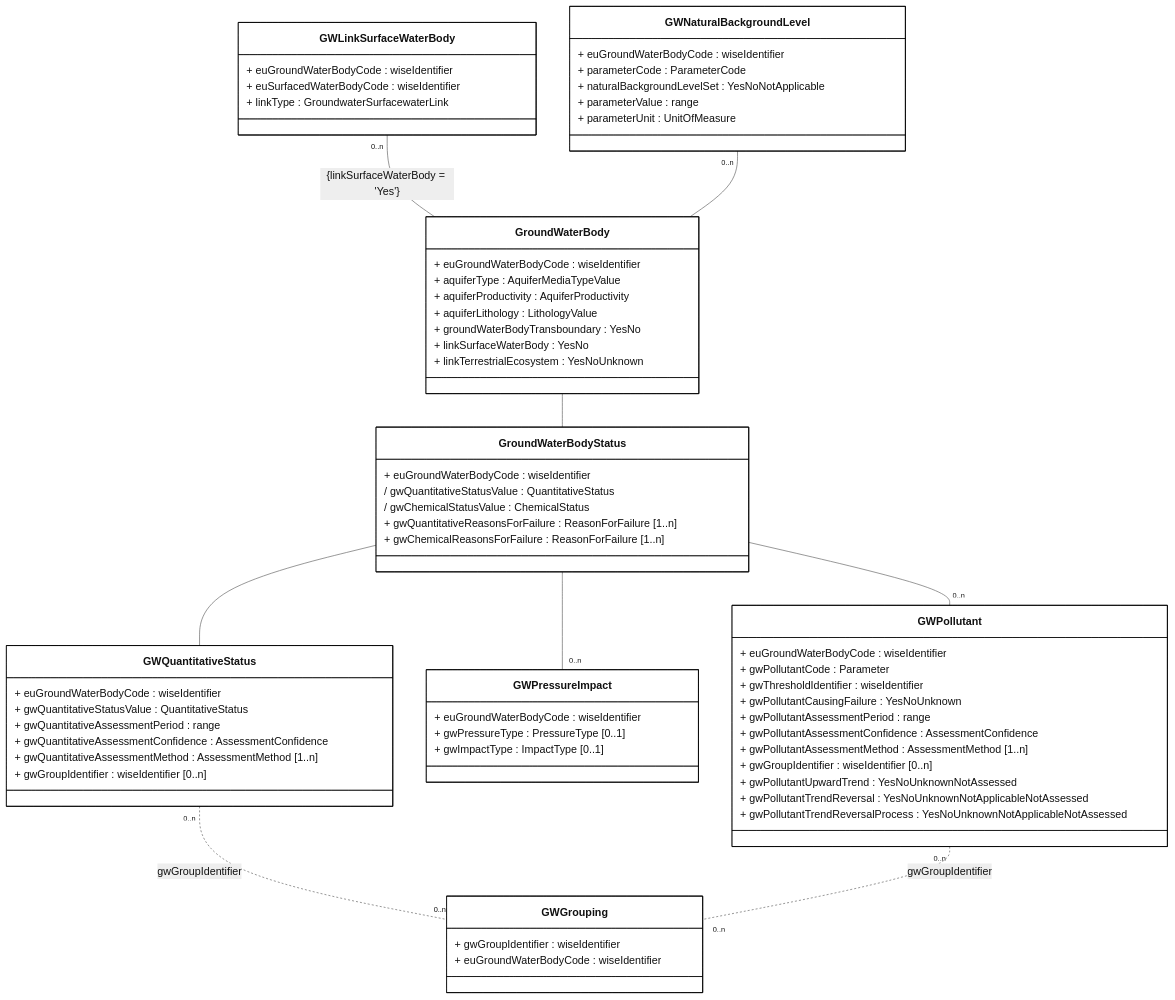
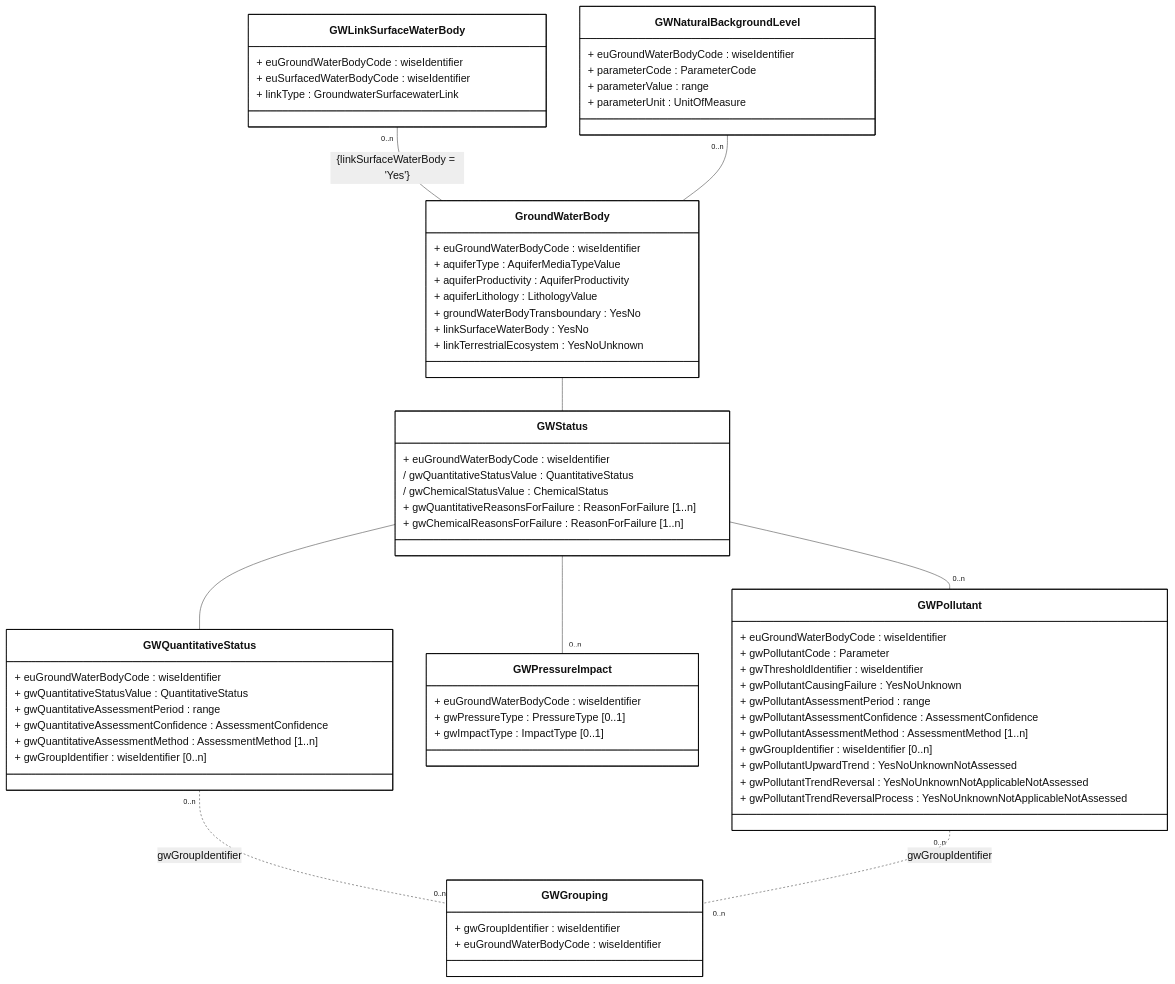
The diagram in docs/DataModelReview/mmd/Groundwater_4thCycle_DescriptiveData_ClassDiagram.mmd (eeadata/WISE.WFD.Documentation), drawn with Mermaid before and after one commit. The commit also changed 9 other files, not shown here.

```diff
--- a/docs/DataModelReview/mmd/Groundwater_4thCycle_DescriptiveData_ClassDiagram.mmd
+++ b/docs/DataModelReview/mmd/Groundwater_4thCycle_DescriptiveData_ClassDiagram.mmd
@@ -1,99 +1,98 @@
 ---
 config:
   class:
     hideEmptyMembersBox: true
   layout: dagre
   theme: neutral
   themeVariables:
     noteBkgColor: LightYellow
     noteTextColor: black 
 ---
 classDiagram
 direction TB
 
 class GWLinkSurfaceWaterBody{
     + euGroundWaterBodyCode : wiseIdentifier
     + euSurfacedWaterBodyCode : wiseIdentifier
     + linkType : GroundwaterSurfacewaterLink
 }
 
 class GWNaturalBackgroundLevel{
     + euGroundWaterBodyCode : wiseIdentifier
     + parameterCode : ParameterCode
-    + naturalBackgroundLevelSet : YesNoNotApplicable
     + parameterValue : range  
     + parameterUnit : UnitOfMeasure
 }
 
 class GroundWaterBody{
     + euGroundWaterBodyCode : wiseIdentifier
     + aquiferType : AquiferMediaTypeValue
     + aquiferProductivity : AquiferProductivity
     + aquiferLithology : LithologyValue
     + groundWaterBodyTransboundary : YesNo
     + linkSurfaceWaterBody : YesNo
     + linkTerrestrialEcosystem : YesNoUnknown
 }
 
 class GWQuantitativeStatus{
     + euGroundWaterBodyCode : wiseIdentifier
     + gwQuantitativeStatusValue : QuantitativeStatus
     + gwQuantitativeAssessmentPeriod : range
     + gwQuantitativeAssessmentConfidence : AssessmentConfidence
     + gwQuantitativeAssessmentMethod : AssessmentMethod [1..n]
     + gwGroupIdentifier : wiseIdentifier [0..n]
 }
 
 class GWPressureImpact{
     + euGroundWaterBodyCode : wiseIdentifier
     + gwPressureType : PressureType [0..1]
     + gwImpactType : ImpactType  [0..1]
 }
 
-class GroundWaterBodyStatus{
+class GWStatus{
     
     + euGroundWaterBodyCode : wiseIdentifier
     / gwQuantitativeStatusValue : QuantitativeStatus
     / gwChemicalStatusValue : ChemicalStatus
 
     + gwQuantitativeReasonsForFailure : ReasonForFailure [1..n]
     + gwChemicalReasonsForFailure : ReasonForFailure [1..n]
 } 
 
 class GWPollutant{
     + euGroundWaterBodyCode : wiseIdentifier
     + gwPollutantCode : Parameter
     + gwThresholdIdentifier : wiseIdentifier
 
     + gwPollutantCausingFailure : YesNoUnknown
     + gwPollutantAssessmentPeriod : range
     + gwPollutantAssessmentConfidence : AssessmentConfidence 
     + gwPollutantAssessmentMethod : AssessmentMethod [1..n]
     
     + gwGroupIdentifier : wiseIdentifier [0..n]
 
     + gwPollutantUpwardTrend : YesNoUnknownNotAssessed
     + gwPollutantTrendReversal : YesNoUnknownNotApplicableNotAssessed
     + gwPollutantTrendReversalProcess : YesNoUnknownNotApplicableNotAssessed
 }
 
 class GWGrouping{
     + gwGroupIdentifier : wiseIdentifier
     + euGroundWaterBodyCode : wiseIdentifier
 }
 
-GroundWaterBody -- GroundWaterBodyStatus    
-GroundWaterBodyStatus --  GWQuantitativeStatus
-GroundWaterBodyStatus -- "0..n" GWPollutant
-GroundWaterBodyStatus -- "0..n" GWPressureImpact
+GroundWaterBody -- GWStatus    
+GWStatus --  GWQuantitativeStatus
+GWStatus -- "0..n" GWPollutant
+GWStatus -- "0..n" GWPressureImpact
 
 GWQuantitativeStatus "0..n" .. "0..n" GWGrouping : gwGroupIdentifier
 GWPollutant "0..n" .. "0..n" GWGrouping : gwGroupIdentifier
 
 GWLinkSurfaceWaterBody "0..n" -- GroundWaterBody : {linkSurfaceWaterBody = 'Yes'}
 GWNaturalBackgroundLevel "0..n" -- GroundWaterBody
 
 %% note for GWPollutant "GroundwaterMethodologies::ThresholdValue.gwThresholdIdentifier"
 
 classDef default fill:white,stroke:#000;
 classDef forFixing fill:white,stroke:#f00;
```
